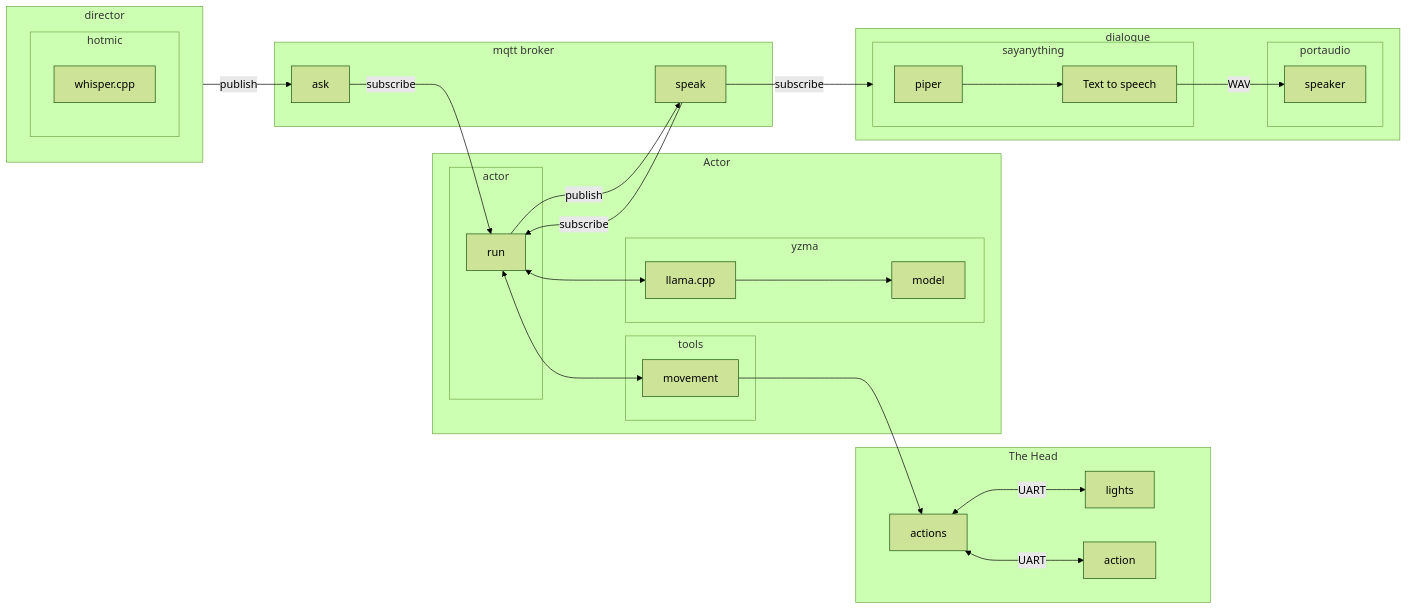
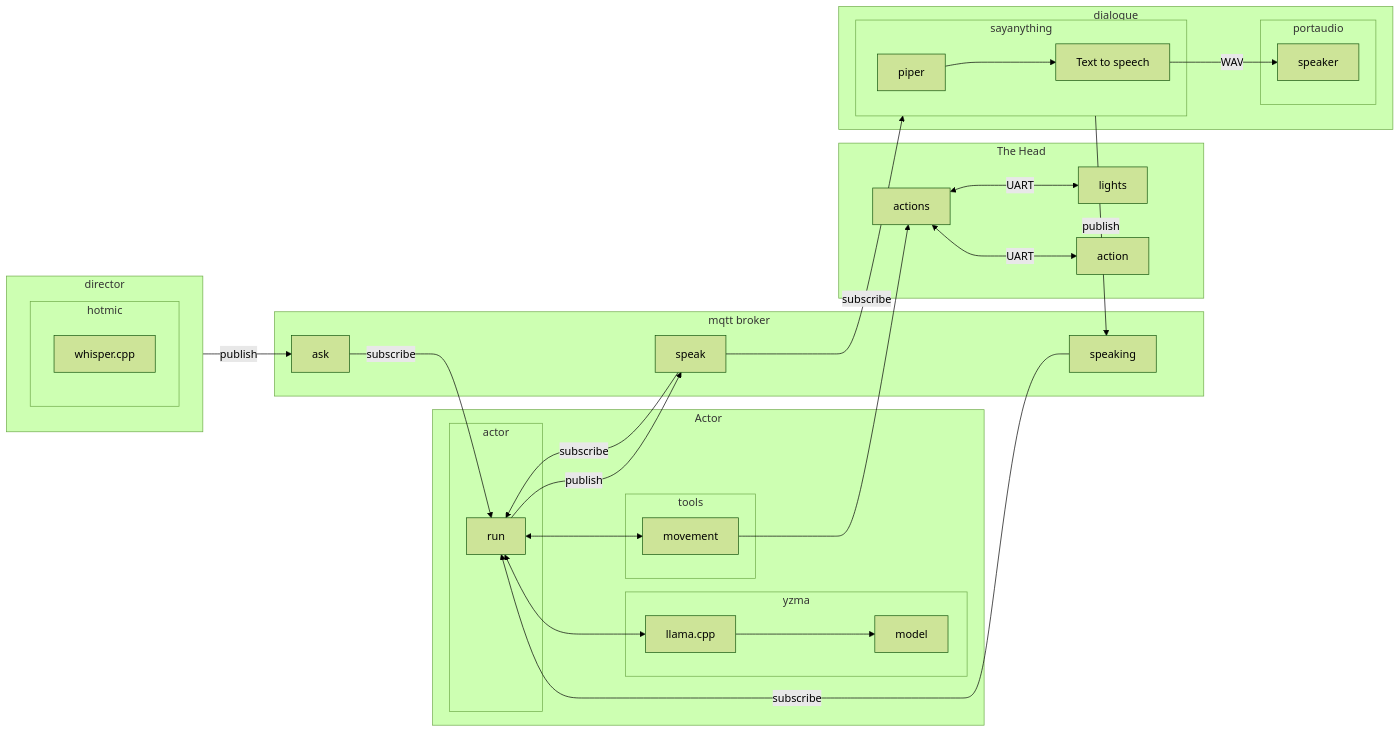
Before and after one commit to deadprogram/talkingheads: the sixth of 6 diagrams in README.md, drawn with Mermaid (forest theme). The commit also changed other lines of this file and 14 other files, not shown here.

````diff
--- a/README.md
+++ b/README.md
@@ -129,43 +136,46 @@
 ```mermaid
 flowchart LR
 subgraph mqtt broker
     ask
     speak
+    speaking
 end
 subgraph The Head
     actions<-- UART -->lights
     actions<-- UART -->action
 end
 subgraph Actor
     subgraph actor
         run
     end
     subgraph tools
         run<-->movement
         movement-->actions
     end
     subgraph yzma
         run<-->llama.cpp
         llama.cpp-->model
     end
     ask-- subscribe -->run
     run-- publish -->speak
     speak-- subscribe -->run
+    speaking-- subscribe -->run
 end
 subgraph dialogue
     speak-- subscribe -->sayanything
     subgraph sayanything
         piper-->tts[Text to speech]
     end
     subgraph portaudio
         tts-- WAV -->speaker
     end
+    sayanything-- publish -->speaking
 end
 subgraph director
     hotmic
 end
 subgraph hotmic
     whisper.cpp
 end
 director -- publish --> ask
 ```
````
